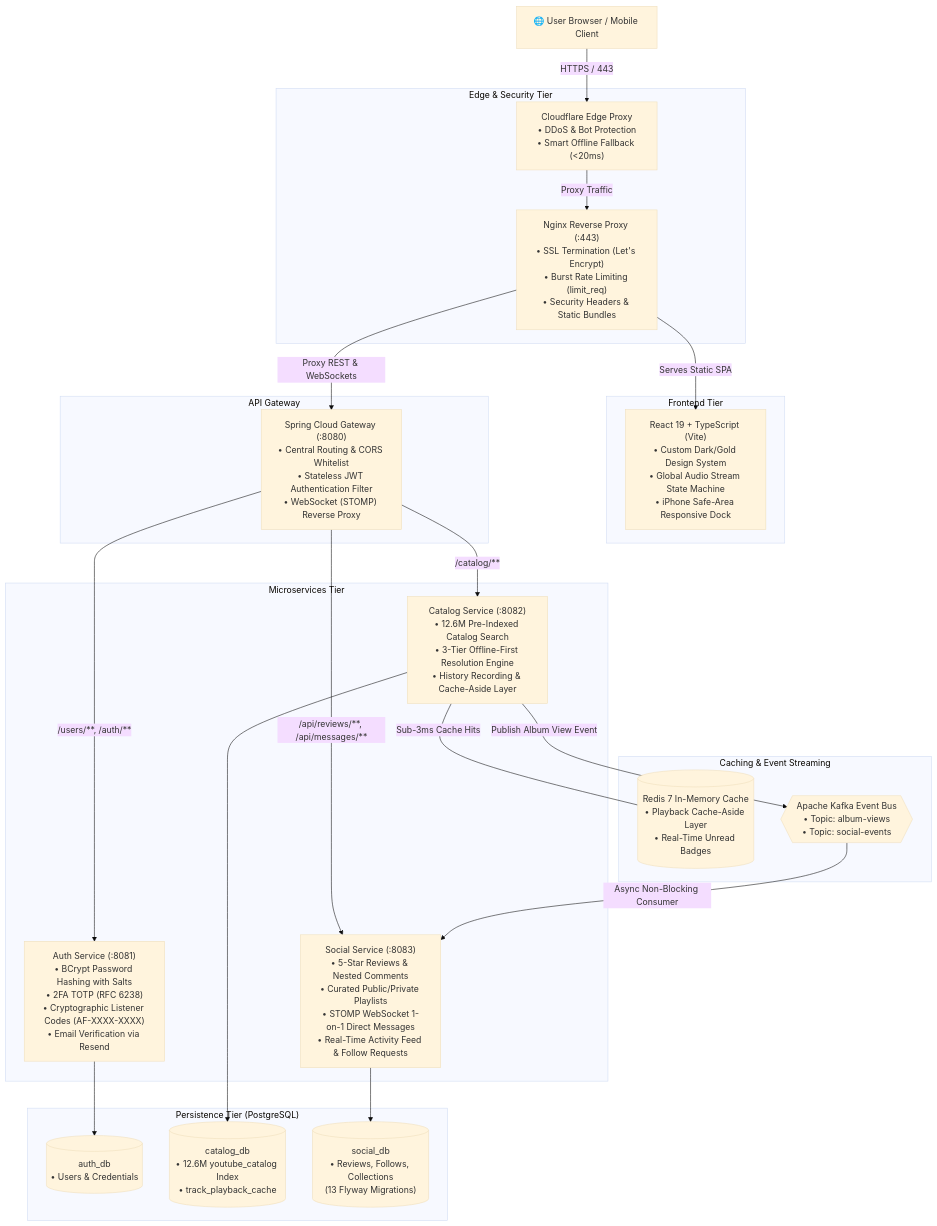
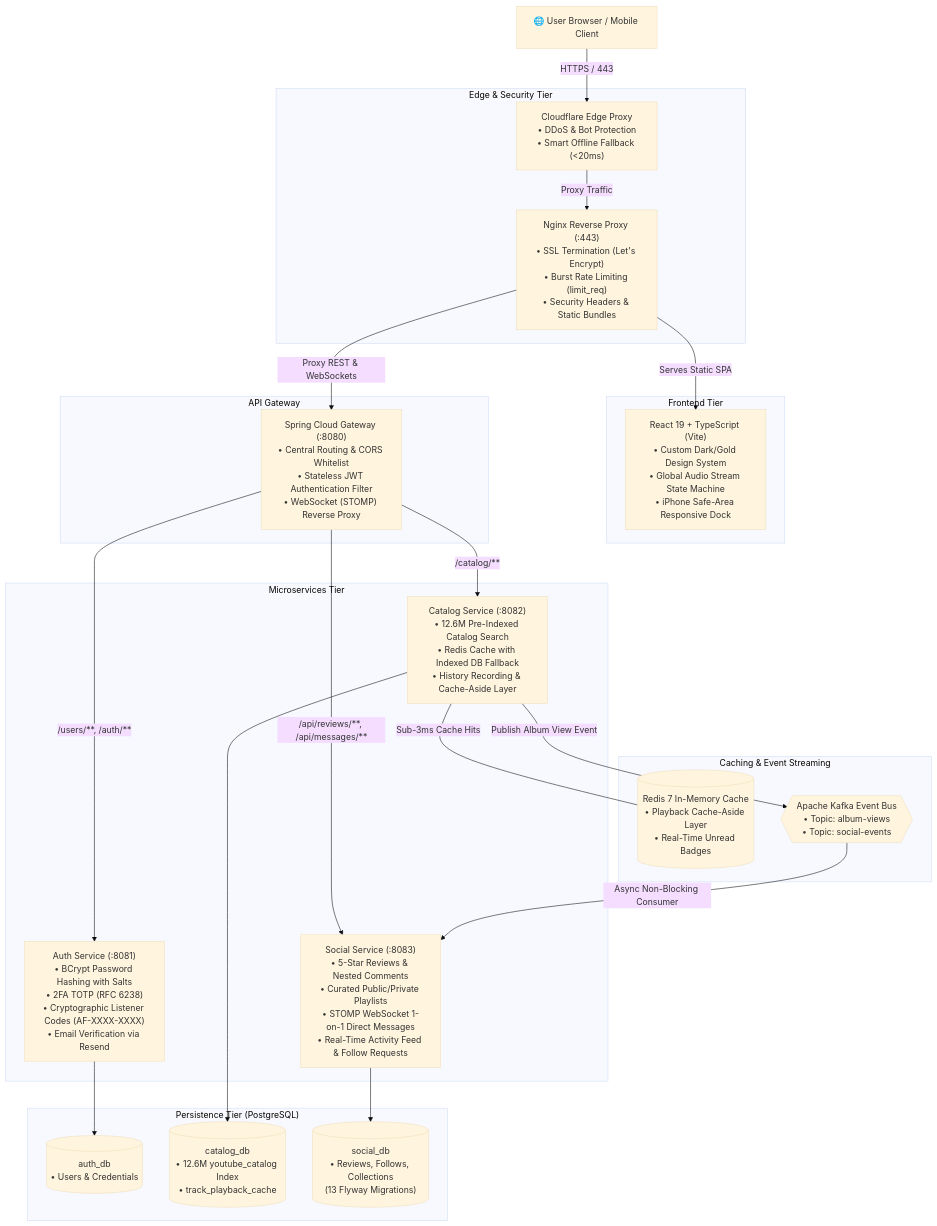
The diagram in README.md (Shivesh29/aficio), drawn with Mermaid (base theme) before and after one commit. The commit also changed other lines of this file, not shown here.

Commit message:
docs: adopt precise terminology for Redis caching, runtime API avoidance, and enumeration defense

````diff
--- a/README.md
+++ b/README.md
@@ -23,34 +23,34 @@
 ```mermaid
 flowchart TD
     User["🌐 User Browser / Mobile Client"] -->|HTTPS / 443| CF["Cloudflare Edge Proxy<br/>• DDoS & Bot Protection<br/>• Smart Offline Fallback (&lt;20ms)"]
     
     subgraph EdgeTier ["Edge & Security Tier"]
         CF -->|Proxy Traffic| Nginx["Nginx Reverse Proxy (:443)<br/>• SSL Termination (Let's Encrypt)<br/>• Burst Rate Limiting (limit_req)<br/>• Security Headers & Static Bundles"]
     end
     
     subgraph FrontendTier ["Frontend Tier"]
         Nginx -->|Serves Static SPA| ReactApp["React 19 + TypeScript (Vite)<br/>• Custom Dark/Gold Design System<br/>• Global Audio Stream State Machine<br/>• iPhone Safe-Area Responsive Dock"]
     end
     
     subgraph GatewayTier ["API Gateway"]
         Nginx -->|Proxy REST & WebSockets| Gateway["Spring Cloud Gateway (:8080)<br/>• Central Routing & CORS Whitelist<br/>• Stateless JWT Authentication Filter<br/>• WebSocket (STOMP) Reverse Proxy"]
     end
     
     subgraph MicroservicesTier ["Microservices Tier"]
         Gateway -->|/users/**, /auth/**| AuthSvc["Auth Service (:8081)<br/>• BCrypt Password Hashing with Salts<br/>• 2FA TOTP (RFC 6238)<br/>• Cryptographic Listener Codes (AF-XXXX-XXXX)<br/>• Email Verification via Resend"]
-        Gateway -->|/catalog/**| CatalogSvc["Catalog Service (:8082)<br/>• 12.6M Pre-Indexed Catalog Search<br/>• 3-Tier Offline-First Resolution Engine<br/>• History Recording & Cache-Aside Layer"]
+        Gateway -->|/catalog/**| CatalogSvc["Catalog Service (:8082)<br/>• 12.6M Pre-Indexed Catalog Search<br/>• Redis Cache with Indexed DB Fallback<br/>• History Recording & Cache-Aside Layer"]
         Gateway -->|/api/reviews/**, /api/messages/**| SocialSvc["Social Service (:8083)<br/>• 5-Star Reviews & Nested Comments<br/>• Curated Public/Private Playlists<br/>• STOMP WebSocket 1-on-1 Direct Messages<br/>• Real-Time Activity Feed & Follow Requests"]
     end
 
     subgraph CachingTier ["Caching & Event Streaming"]
         CatalogSvc ---|Sub-3ms Cache Hits| RedisCache[("Redis 7 In-Memory Cache<br/>• Playback Cache-Aside Layer<br/>• Real-Time Unread Badges")]
         CatalogSvc -->|Publish Album View Event| KafkaBus{{"Apache Kafka Event Bus<br/>• Topic: album-views<br/>• Topic: social-events"}}
         KafkaBus -->|Async Non-Blocking Consumer| SocialSvc
     end
 
     subgraph PersistenceTier ["Persistence Tier (PostgreSQL)"]
         AuthSvc --> AuthDB[("auth_db<br/>• Users & Credentials")]
         CatalogSvc --> CatalogDB[("catalog_db<br/>• 12.6M youtube_catalog Index<br/>• track_playback_cache")]
         SocialSvc --> SocialDB[("social_db<br/>• Reviews, Follows, Collections<br/>(13 Flyway Migrations)")]
     end
 ```
````
